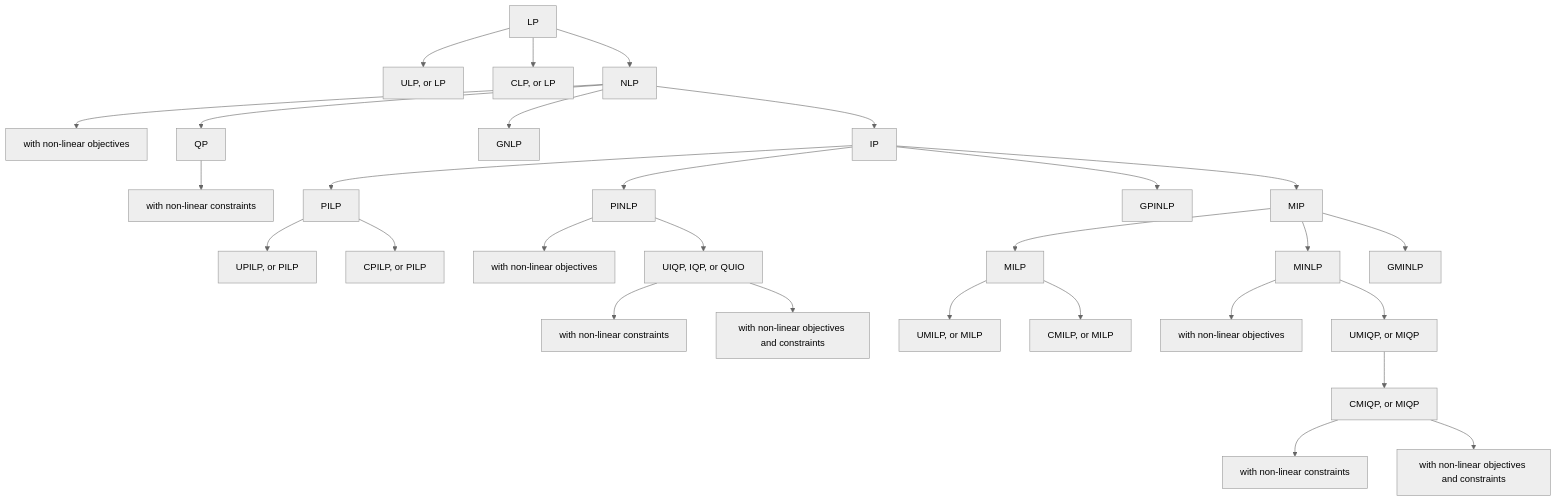
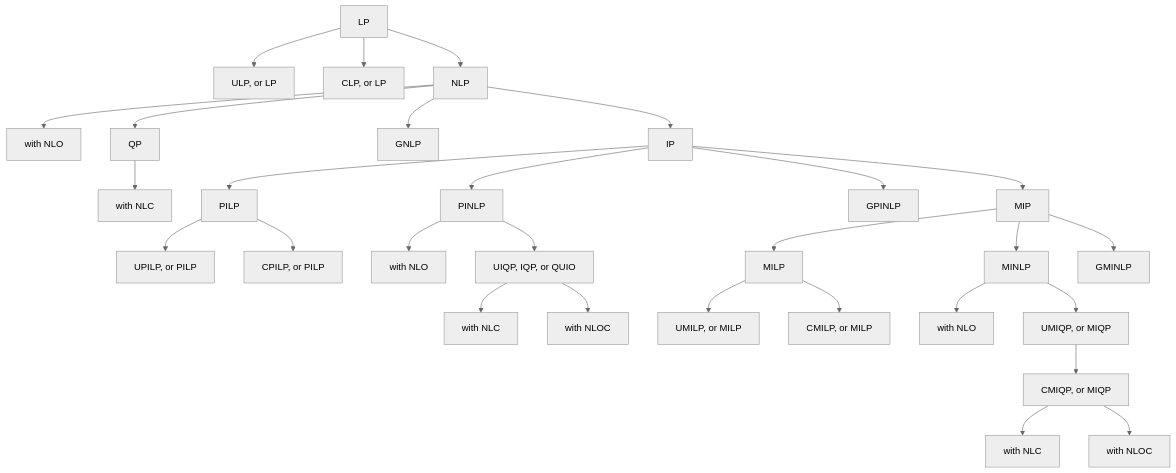
Before and after one commit to ktafakkori/feloopy: the diagram in README.md, drawn with Mermaid (neutral theme).

Commit message:
revised files.

````diff
--- a/README.md
+++ b/README.md
@@ -68,60 +68,60 @@
 ```mermaid
 graph TD
  A["LP"]
  B["ULP, or LP"]
  C["CLP, or LP"]
  D["NLP"]
- E["with non-linear objectives"]
+ E["with NLO"]
  F["QP"]
- G["with non-linear constraints"]
+ G["with NLC"]
  H["GNLP"]
  I["IP"]
  J["PILP"]
  K["UPILP, or PILP"]
  L["CPILP, or PILP"]
  M["PINLP"]
- N["with non-linear objectives"]
+ N["with NLO"]
  O["UIQP, IQP, or QUIO"]
- P["with non-linear constraints"]
- Q["with non-linear objectives and constraints"]
+ P["with NLC"]
+ Q["with NLOC"]
  R["GPINLP"]
  S["MIP"]
  T["MILP"]
  U["UMILP, or MILP"]
  V["CMILP, or MILP"]
  W["MINLP"]
- X["with non-linear objectives"]
+ X["with NLO"]
  Y["UMIQP, or MIQP"]
  Z["CMIQP, or MIQP"]
- AA["with non-linear constraints"]
- AB["with non-linear objectives and constraints"]
+ AA["with NLC"]
+ AB["with NLOC"]
  AC["GMINLP"]
  A --> B
  A --> C
  A --> D
  D --> E
  D --> F
  F --> G
  D --> H
  D --> I
  I --> J
  J --> K
  J --> L
  I --> M
  M --> N
  M --> O
  O --> P
  O --> Q
  I --> R
  I --> S
  S --> T
  T --> U
  T --> V
  S --> W
  W --> X
  W --> Y
  Y --> Z
  Z --> AA
  Z --> AB
  S --> AC
 ```
````
